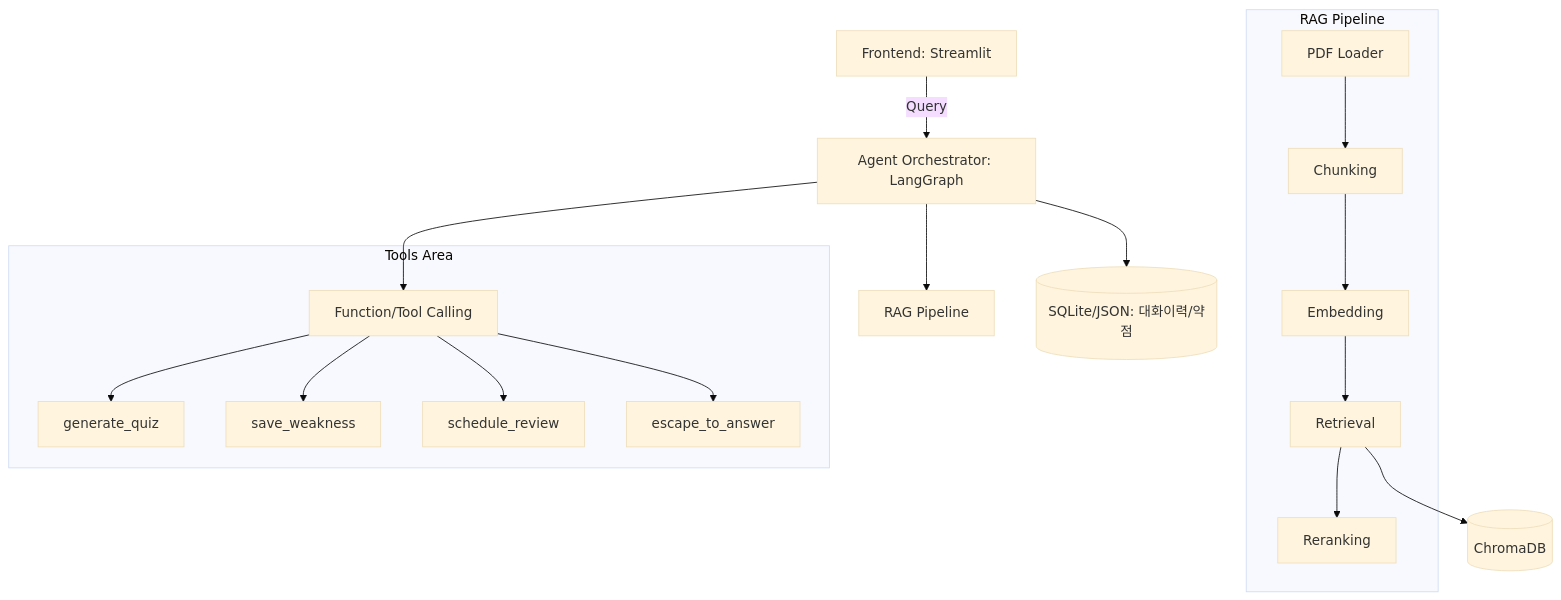
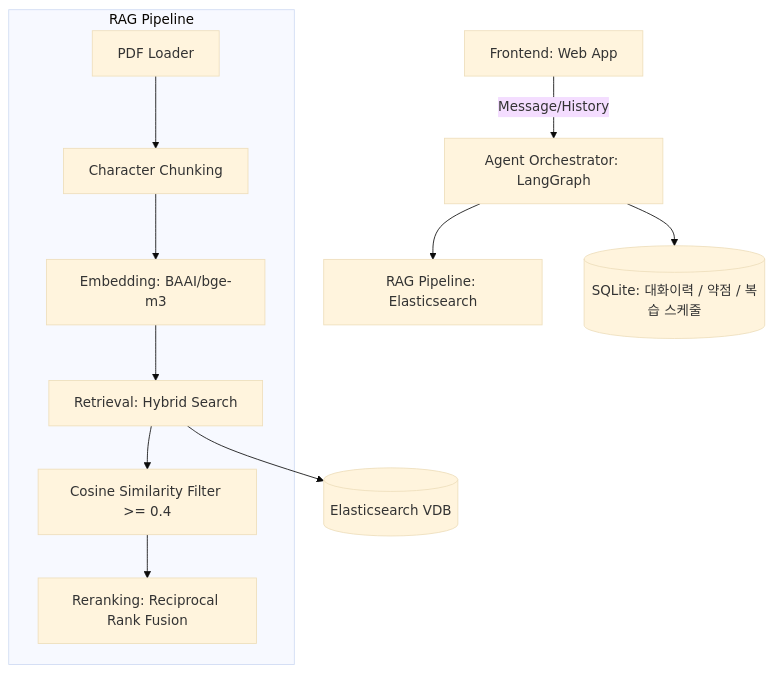
Before and after one commit to devCollegit/SocrAItes: the first of 2 diagrams in docs/System_Design.md, drawn with Mermaid (base theme). The commit also changed other lines of this file, not shown here.

Commit message:
docs: upgrade System_Design.md to include multi-turn query contextualization and detailed node specifications with concrete examples

````diff
--- a/docs/System_Design.md
+++ b/docs/System_Design.md
@@ -7,19 +12,15 @@
 ```mermaid
 graph TD
-    UI[Frontend: Streamlit] -->|Query| Agent[Agent Orchestrator: LangGraph]
-    Agent --> RAG[RAG Pipeline]
-    Agent --> Tools[Function/Tool Calling]
-    Agent --> DB[(SQLite/JSON: 대화이력/약점)]
+    UI[Frontend: Web App] -->|Message/History| Agent[Agent Orchestrator: LangGraph]
+    Agent --> RAG[RAG Pipeline: Elasticsearch]
+    Agent --> DB[(SQLite: 대화이력 / 약점 / 복습 스케줄)]
     
     subgraph RAG Pipeline
-        Loader[PDF Loader] --> Chunk[Chunking] --> Embed[Embedding] --> Retrieve[Retrieval] --> Rerank[Reranking]
+        Loader[PDF Loader] --> Chunk[Character Chunking]
+        Chunk --> Embed[Embedding: BAAI/bge-m3]
+        Embed --> Retrieve[Retrieval: Hybrid Search]
+        Retrieve --> Filter[Cosine Similarity Filter >= 0.4]
+        Filter --> Rerank[Reranking: Reciprocal Rank Fusion]
     end
-    Retrieve --> VDB[(ChromaDB)]
-    
-    subgraph Tools Area
-        Tools --> T1[generate_quiz]
-        Tools --> T2[save_weakness]
-        Tools --> T3[schedule_review]
-        Tools --> T4[escape_to_answer]
-    end
+    Retrieve --> VDB[(Elasticsearch VDB)]
 ```
````
